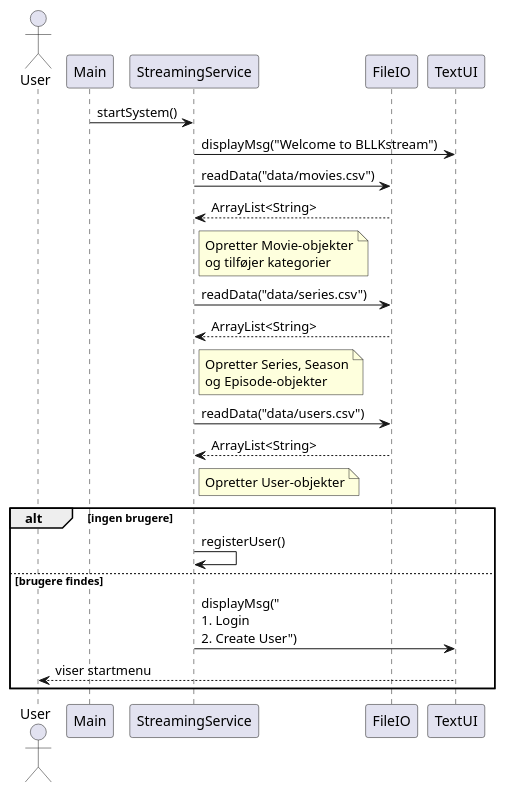
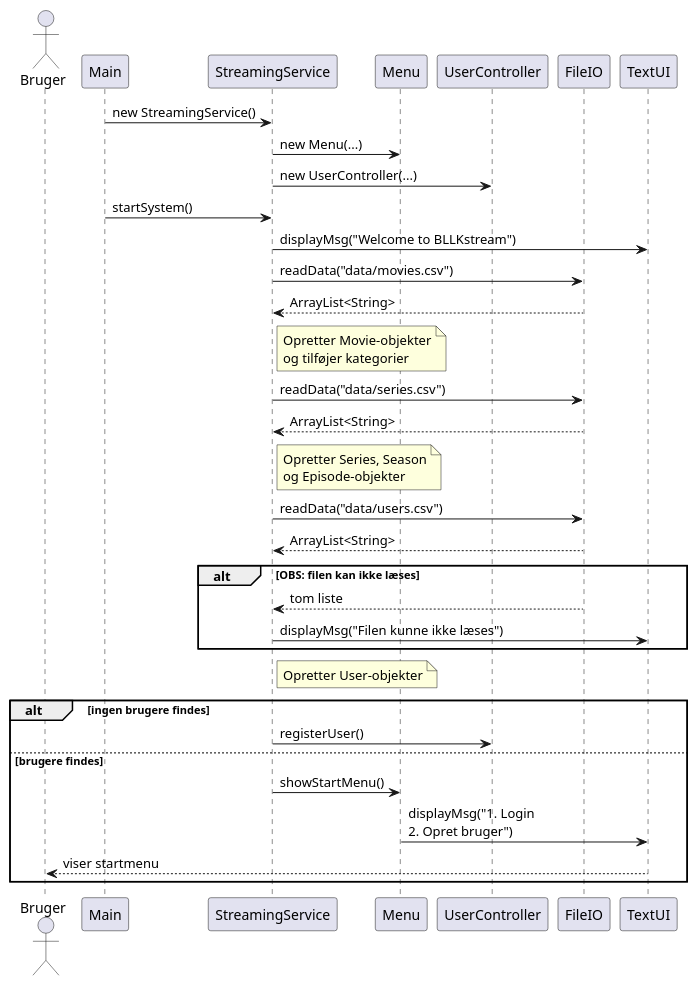
One commit to BesimaP/SP3---Streaming---Tjeneste changed the diagram in doc/dynamic/UC1 - seqeuncediagram.puml. Above: the diagram before and after it, drawn with PlantUML. The commit also changed 4 other files, not shown here.

Commit message:
sekvensdiagrammer done

```diff
--- a/doc/dynamic/UC1 - seqeuncediagram.puml
+++ b/doc/dynamic/UC1 - seqeuncediagram.puml
@@ -1,38 +1,46 @@
 @startuml
 !pragma layout smetana
-actor User
+
+actor Bruger
+
 participant Main
 participant StreamingService
+participant Menu
+participant UserController
 participant FileIO
 participant TextUI
+
+Main -> StreamingService : new StreamingService()
+StreamingService -> Menu : new Menu(...)
+StreamingService -> UserController : new UserController(...)
 
 Main -> StreamingService : startSystem()
 StreamingService -> TextUI : displayMsg("Welcome to BLLKstream")
 
 StreamingService -> FileIO : readData("data/movies.csv")
 FileIO --> StreamingService : ArrayList<String>
 note right of StreamingService : Opretter Movie-objekter\nog tilføjer kategorier
 
 StreamingService -> FileIO : readData("data/series.csv")
 FileIO --> StreamingService : ArrayList<String>
 note right of StreamingService : Opretter Series, Season\nog Episode-objekter
 
 StreamingService -> FileIO : readData("data/users.csv")
 FileIO --> StreamingService : ArrayList<String>
+
+alt OBS: filen kan ikke læses
+    FileIO --> StreamingService : tom liste
+    StreamingService -> TextUI : displayMsg("Filen kunne ikke læses")
+end
+
 note right of StreamingService : Opretter User-objekter
 
-alt ingen brugere
-    StreamingService -> StreamingService : registerUser()
+alt ingen brugere findes
+    StreamingService -> UserController : registerUser()
 else brugere findes
-    StreamingService -> TextUI : displayMsg("\n1. Login\n2. Create User")
-    TextUI --> User : viser startmenu
+    StreamingService -> Menu : showStartMenu()
+    Menu -> TextUI : displayMsg("1. Login\n2. Opret bruger")
+    TextUI --> Bruger : viser startmenu
 end
 
-'Forklaring:
-'Main starter det hele ved at kalde startSystem()
-'StreamingService viser velkomstbesked via TextUI
-'StreamingService beder FileIO om at læse film, serier og brugere
-'FileIO sender data tilbage (de stiplede pile -->)
-'Til sidst tjekker StreamingService om der er brugere og viser enten startmenuen eller sender til registrering
-
 @enduml
```
